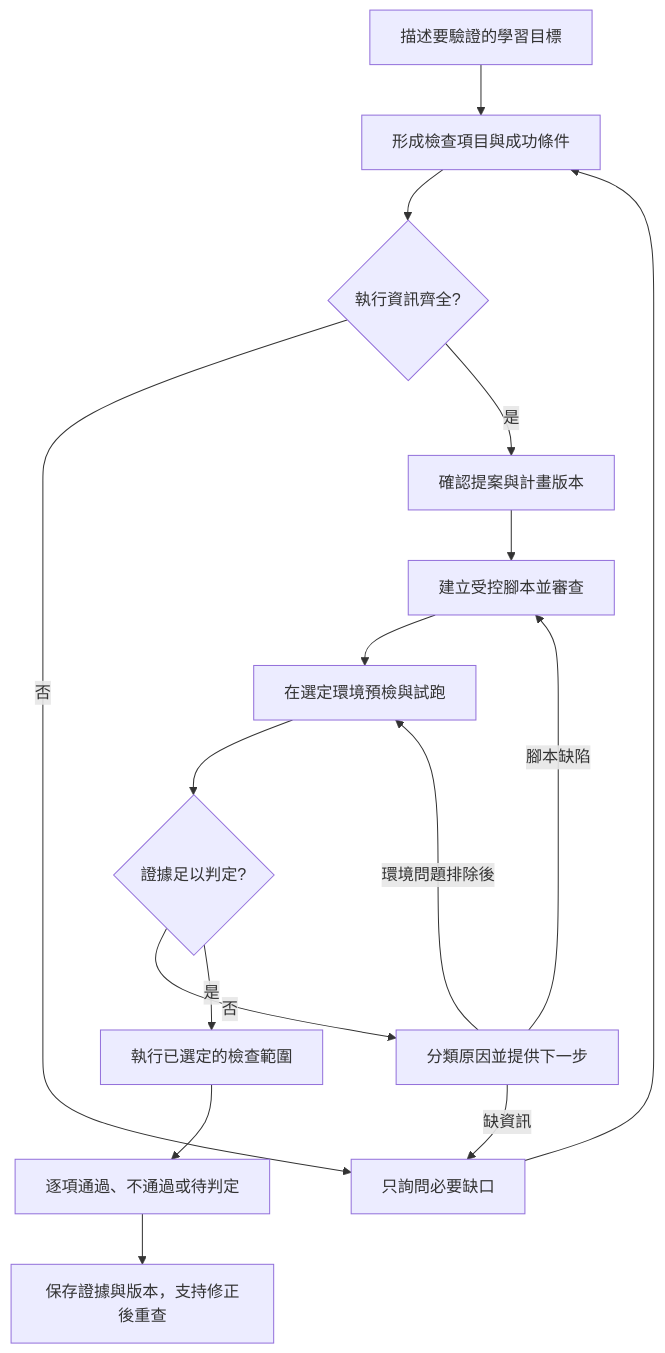
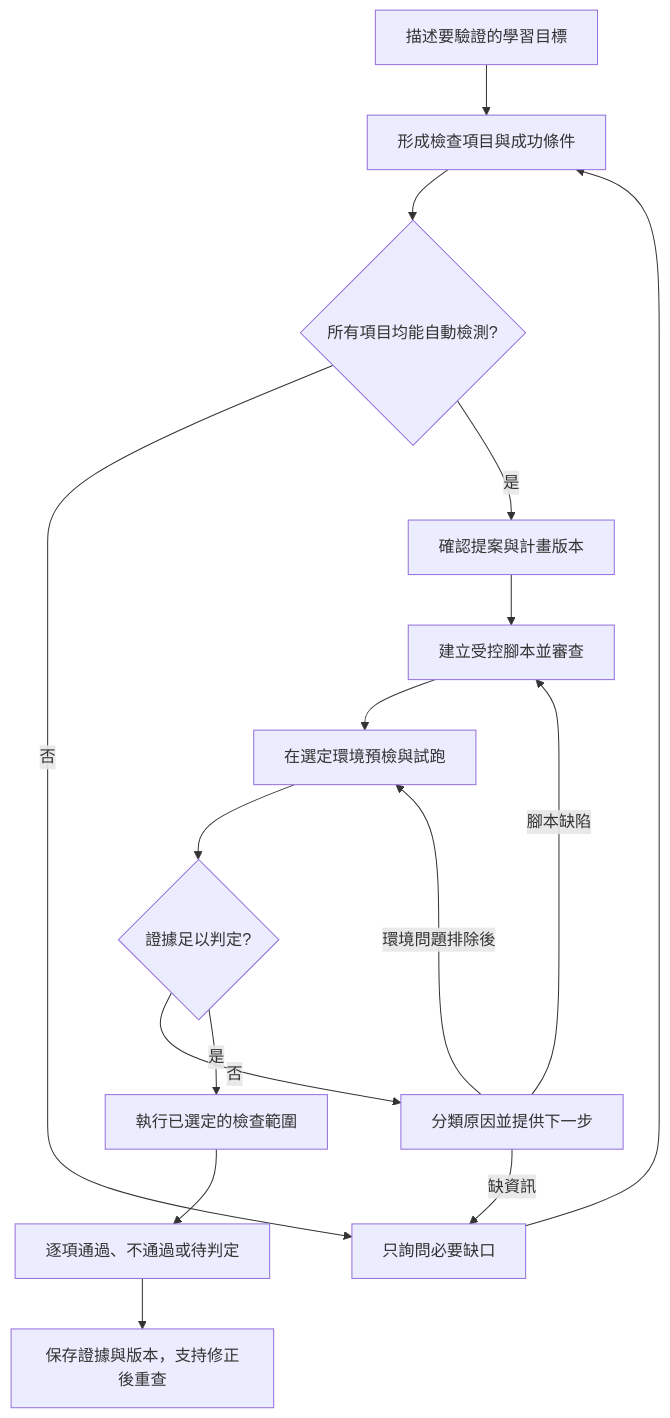
Before and after one commit to young878787/Campus-Cloud: the diagram in docs/2026-09-09-ai-check-workflow-review.md, drawn with Mermaid. The commit also changed other lines of this file and 18 other files, not shown here.

````diff
--- a/docs/2026-09-09-ai-check-workflow-review.md
+++ b/docs/2026-09-09-ai-check-workflow-review.md
@@ -127,18 +133,18 @@
 ```mermaid
 flowchart TD
     A[描述要驗證的學習目標] --> B[形成檢查項目與成功條件]
-    B --> C{執行資訊齊全?}
+    B --> C{所有項目均能自動檢測?}
     C -- 否 --> D[只詢問必要缺口]
     D --> B
     C -- 是 --> E[確認提案與計畫版本]
     E --> F[建立受控腳本並審查]
     F --> G[在選定環境預檢與試跑]
     G --> H{證據足以判定?}
     H -- 否 --> I[分類原因並提供下一步]
     I -- 缺資訊 --> D
     I -- 腳本缺陷 --> F
     I -- 環境問題排除後 --> G
     H -- 是 --> J[執行已選定的檢查範圍]
     J --> K[逐項通過、不通過或待判定]
     K --> L[保存證據與版本，支持修正後重查]
 ```
````
